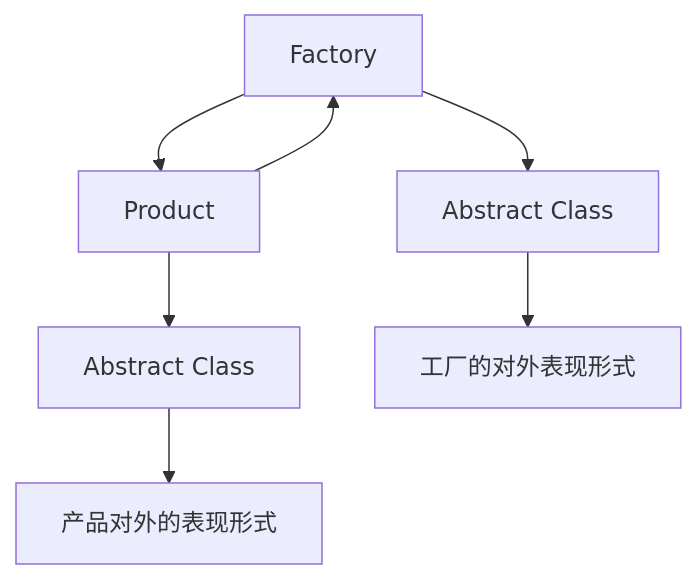
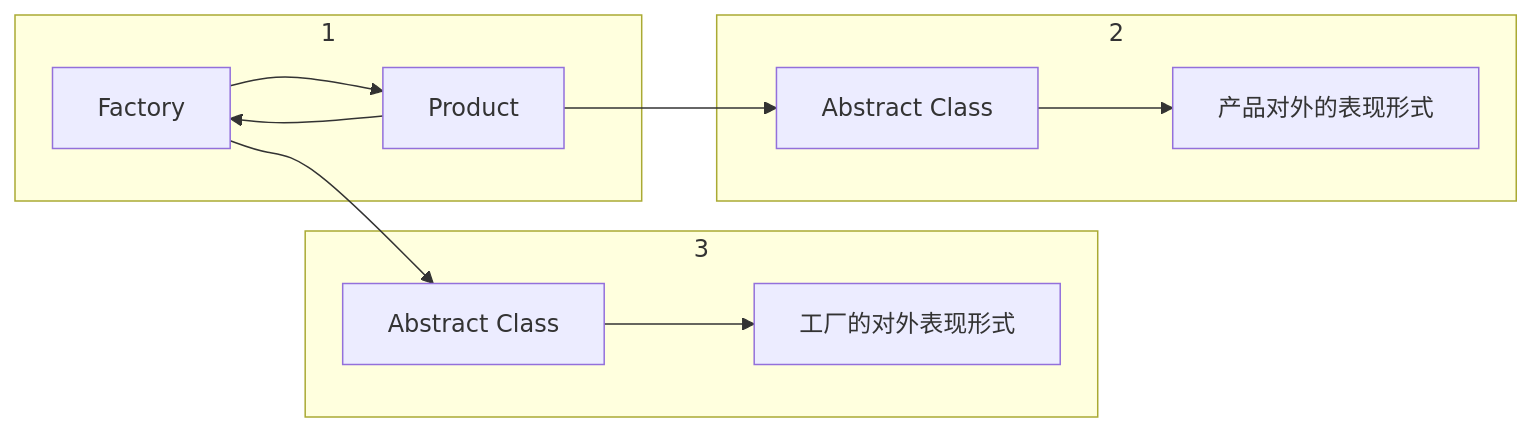
One commit to Boikki/haizei1906 changed the second of 3 diagrams in 5.C_PlusPlus/9.design_patterns.md. Above: the diagram before and after it, drawn with Mermaid. The commit also changed other lines of this file and 14 other files, not shown here.

````diff
--- a/5.C_PlusPlus/9.design_patterns.md
+++ b/5.C_PlusPlus/9.design_patterns.md
@@ -272,6 +276,13 @@
 ```mermaid
-graph TB
-A[Factory]-->B[Product]-->C[Abstract Class]-->D[产品对外的表现形式]
+graph LR
+subgraph 1
+A[Factory]-->B[Product]
 B[Product]-->A[Factory]
+end
+subgraph 2
+B-->C[Abstract Class]-->D[产品对外的表现形式]
+end
+subgraph 3
 A[Factory]-->F[Abstract Class]-->G[工厂的对外表现形式]
+end
 ```
````
